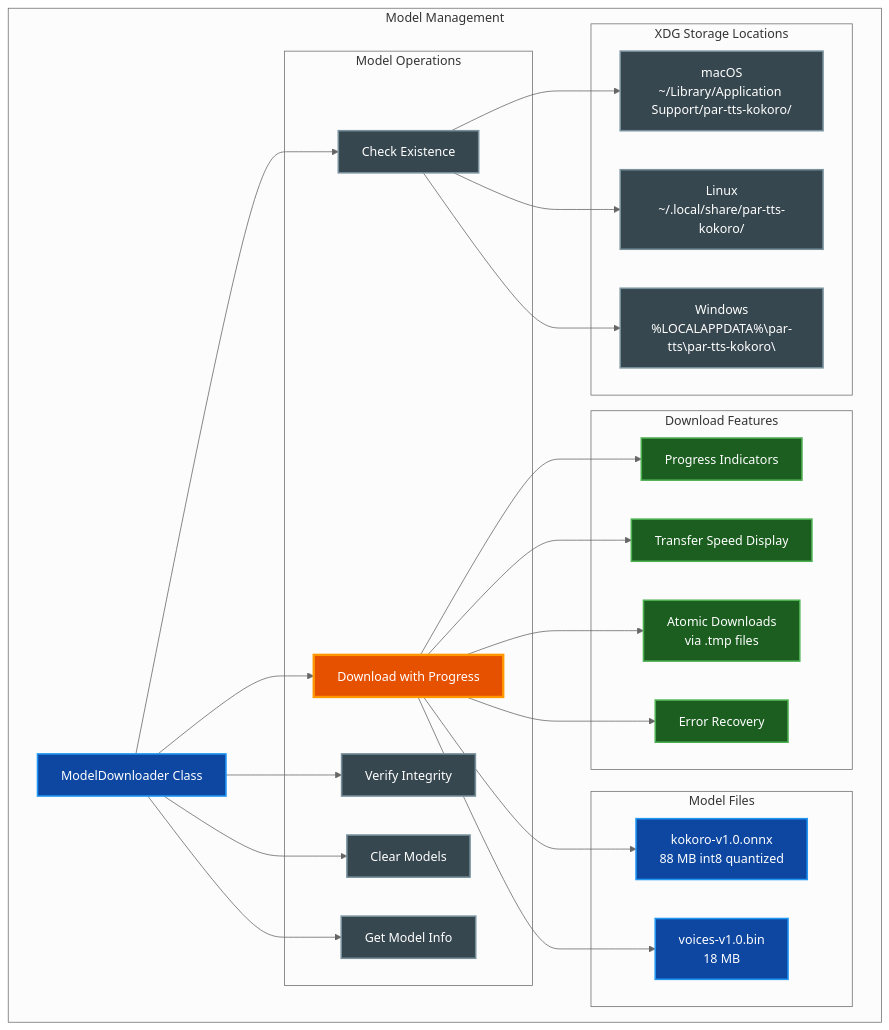
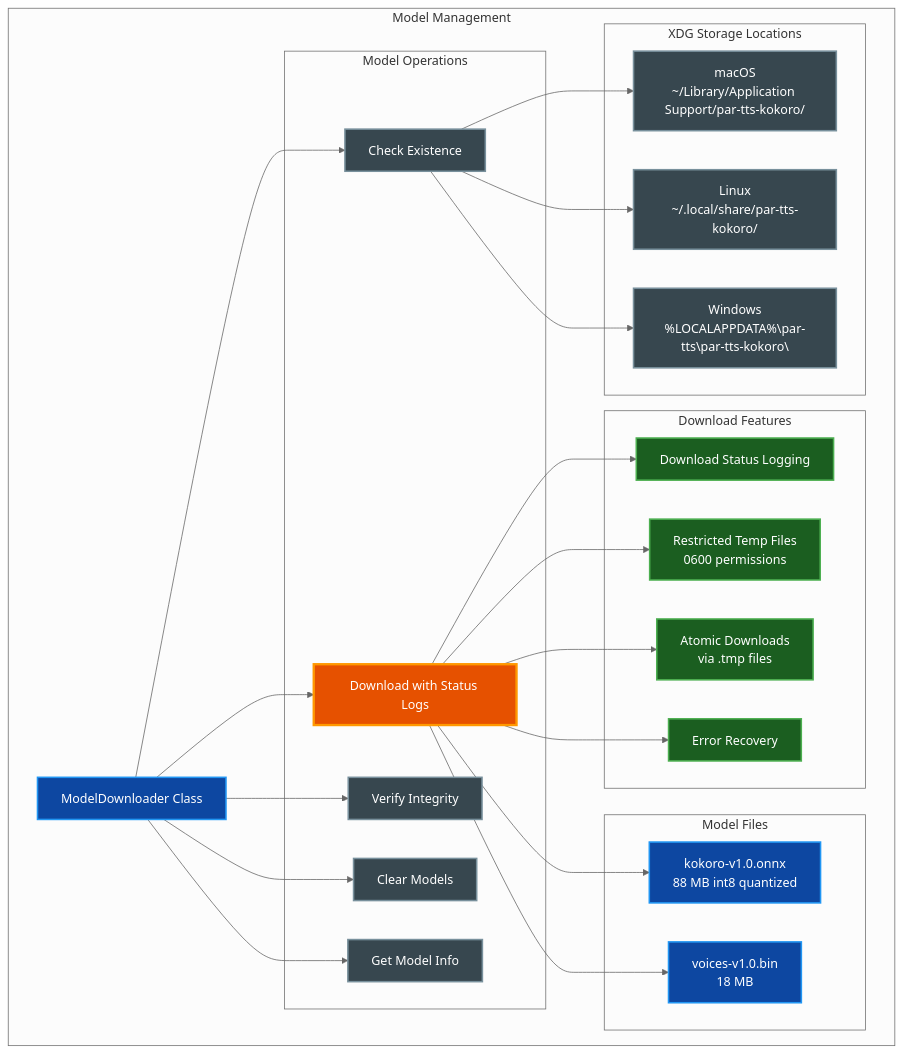
One commit to paulrobello/par-cli-tts changed the ninth of 21 diagrams in docs/ARCHITECTURE.md. Above: the diagram before and after it, drawn with Mermaid (neutral theme). The commit also changed other lines of this file and 3 other files, not shown here.

````diff
--- a/docs/ARCHITECTURE.md
+++ b/docs/ARCHITECTURE.md
@@ -906,66 +996,66 @@
 ```mermaid
 graph TB
     subgraph "Model Management"
         MD[ModelDownloader Class]
 
         subgraph "XDG Storage Locations"
             MAC[macOS<br/>~/Library/Application Support/par-tts-kokoro/]
             LIN[Linux<br/>~/.local/share/par-tts-kokoro/]
             WIN[Windows<br/>%LOCALAPPDATA%\par-tts\par-tts-kokoro\]
         end
 
         subgraph "Model Operations"
             CHECK[Check Existence]
-            DOWNLOAD[Download with Progress]
+            DOWNLOAD[Download with Status Logs]
             VERIFY[Verify Integrity]
             CLEAR[Clear Models]
             INFO[Get Model Info]
         end
 
         subgraph "Download Features"
-            PROG[Progress Indicators]
-            SPEED[Transfer Speed Display]
+            STATUS[Download Status Logging]
+            TEMPFILE[Restricted Temp Files<br/>0600 permissions]
             RESUME[Atomic Downloads<br/>via .tmp files]
             RETRY[Error Recovery]
         end
 
         subgraph "Model Files"
             MODEL[kokoro-v1.0.onnx<br/>88 MB int8 quantized]
             VOICES[voices-v1.0.bin<br/>18 MB]
         end
     end
 
     MD --> CHECK
     MD --> DOWNLOAD
     MD --> VERIFY
     MD --> CLEAR
     MD --> INFO
 
     CHECK --> MAC
     CHECK --> LIN
     CHECK --> WIN
 
-    DOWNLOAD --> PROG
-    DOWNLOAD --> SPEED
+    DOWNLOAD --> STATUS
+    DOWNLOAD --> TEMPFILE
     DOWNLOAD --> RESUME
     DOWNLOAD --> RETRY
 
     DOWNLOAD --> MODEL
     DOWNLOAD --> VOICES
 
     style MD fill:#0d47a1,stroke:#2196f3,stroke-width:2px,color:#ffffff
     style MAC fill:#37474f,stroke:#78909c,stroke-width:2px,color:#ffffff
     style LIN fill:#37474f,stroke:#78909c,stroke-width:2px,color:#ffffff
     style WIN fill:#37474f,stroke:#78909c,stroke-width:2px,color:#ffffff
     style CHECK fill:#37474f,stroke:#78909c,stroke-width:2px,color:#ffffff
     style DOWNLOAD fill:#e65100,stroke:#ff9800,stroke-width:3px,color:#ffffff
     style VERIFY fill:#37474f,stroke:#78909c,stroke-width:2px,color:#ffffff
     style CLEAR fill:#37474f,stroke:#78909c,stroke-width:2px,color:#ffffff
     style INFO fill:#37474f,stroke:#78909c,stroke-width:2px,color:#ffffff
-    style PROG fill:#1b5e20,stroke:#4caf50,stroke-width:2px,color:#ffffff
-    style SPEED fill:#1b5e20,stroke:#4caf50,stroke-width:2px,color:#ffffff
+    style STATUS fill:#1b5e20,stroke:#4caf50,stroke-width:2px,color:#ffffff
+    style TEMPFILE fill:#1b5e20,stroke:#4caf50,stroke-width:2px,color:#ffffff
     style RESUME fill:#1b5e20,stroke:#4caf50,stroke-width:2px,color:#ffffff
     style RETRY fill:#1b5e20,stroke:#4caf50,stroke-width:2px,color:#ffffff
     style MODEL fill:#0d47a1,stroke:#2196f3,stroke-width:2px,color:#ffffff
     style VOICES fill:#0d47a1,stroke:#2196f3,stroke-width:2px,color:#ffffff
 ```
````
